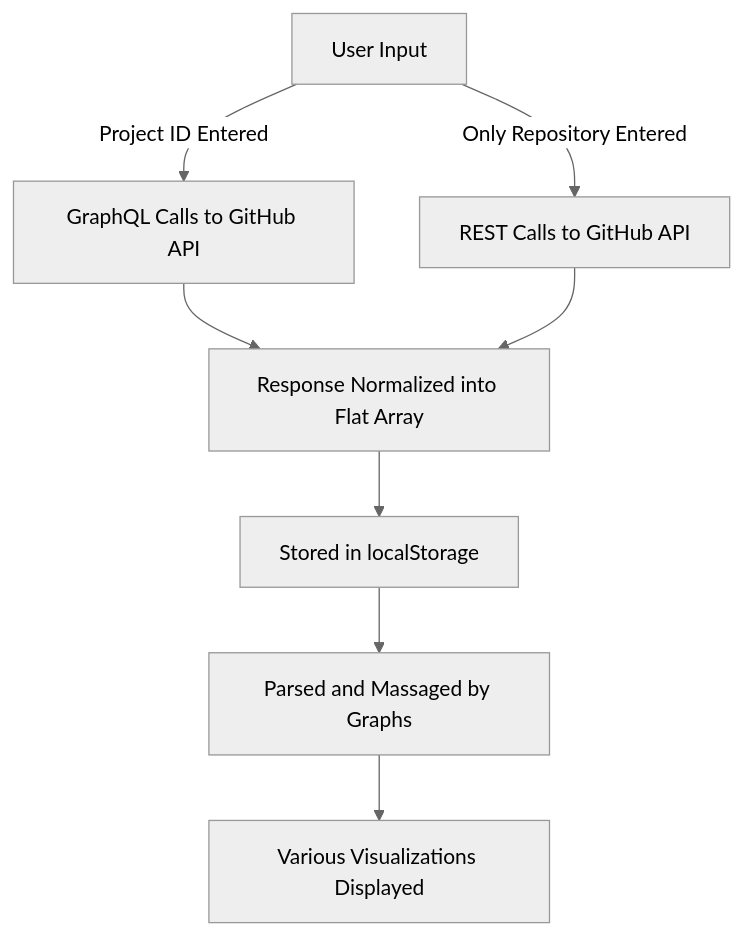
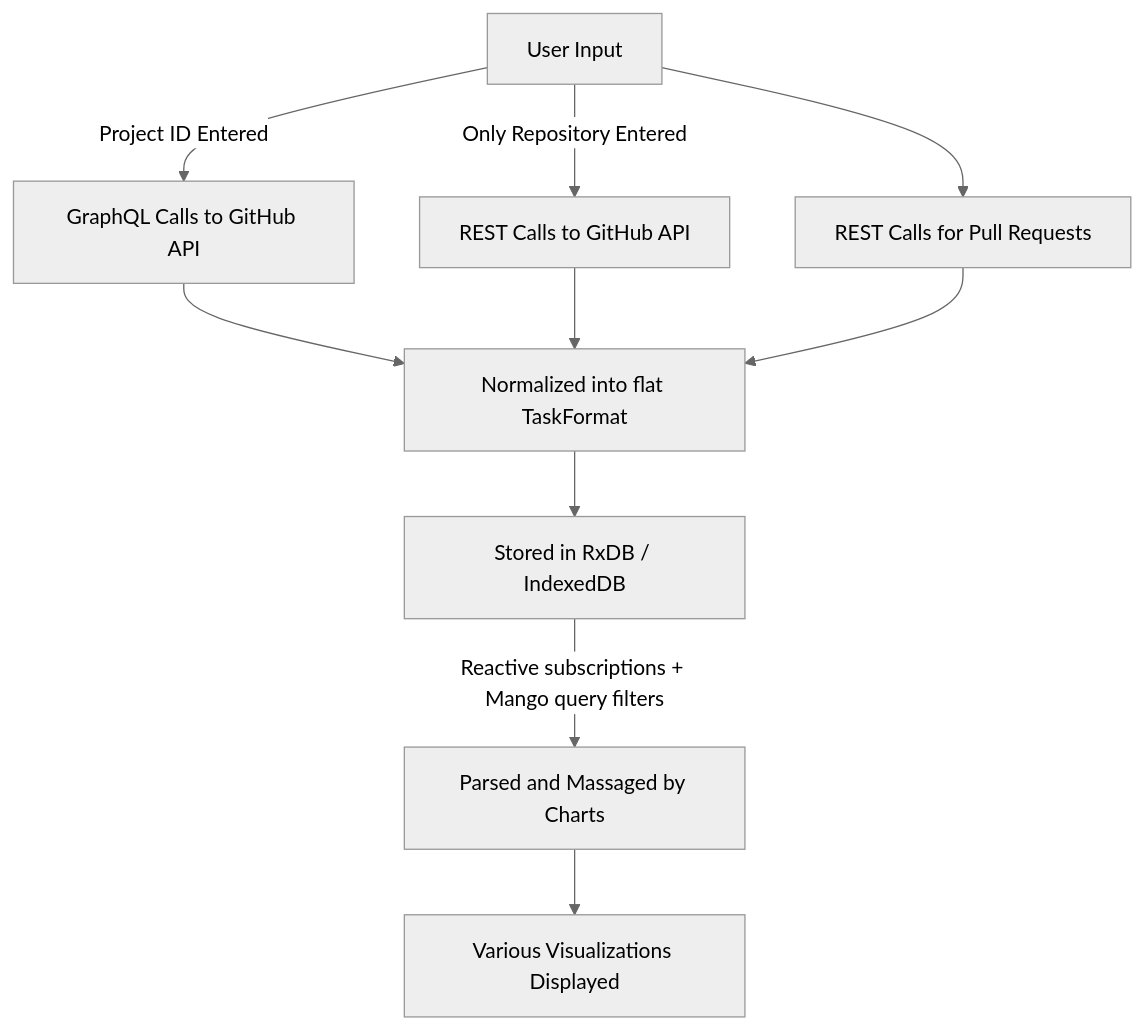
Before and after one commit to vivekKodira/github-issue-graph: the first of 2 diagrams in README.md, drawn with Mermaid (neutral theme). The commit also changed other lines of this file and 29 other files, not shown here.

````diff
--- a/README.md
+++ b/README.md
@@ -35,10 +39,12 @@
 ```mermaid
 flowchart TD
     A[User Input] -->|Project ID Entered| B[GraphQL Calls to GitHub API]
     A -->|Only Repository Entered| C[REST Calls to GitHub API]
-    B --> D[Response Normalized into Flat Array]
+    A --> P[REST Calls for Pull Requests]
+    B --> D[Normalized into flat TaskFormat]
     C --> D
-    D --> E[Stored in localStorage]
-    E --> F[Parsed and Massaged by Graphs]
+    P --> D
+    D --> E[Stored in RxDB / IndexedDB]
+    E -->|Reactive subscriptions + Mango query filters| F[Parsed and Massaged by Charts]
     F --> G[Various Visualizations Displayed]
 ```
````
